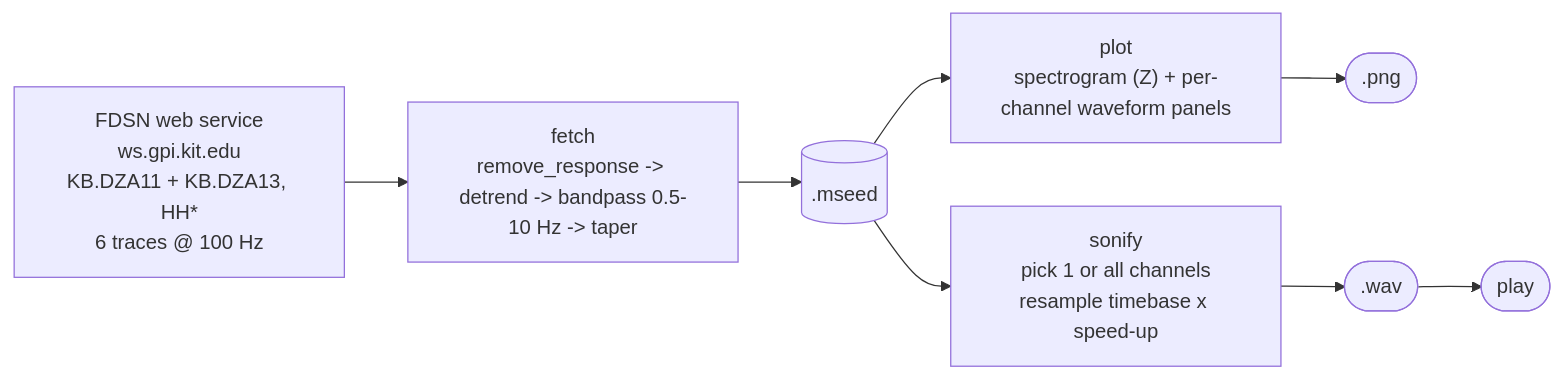
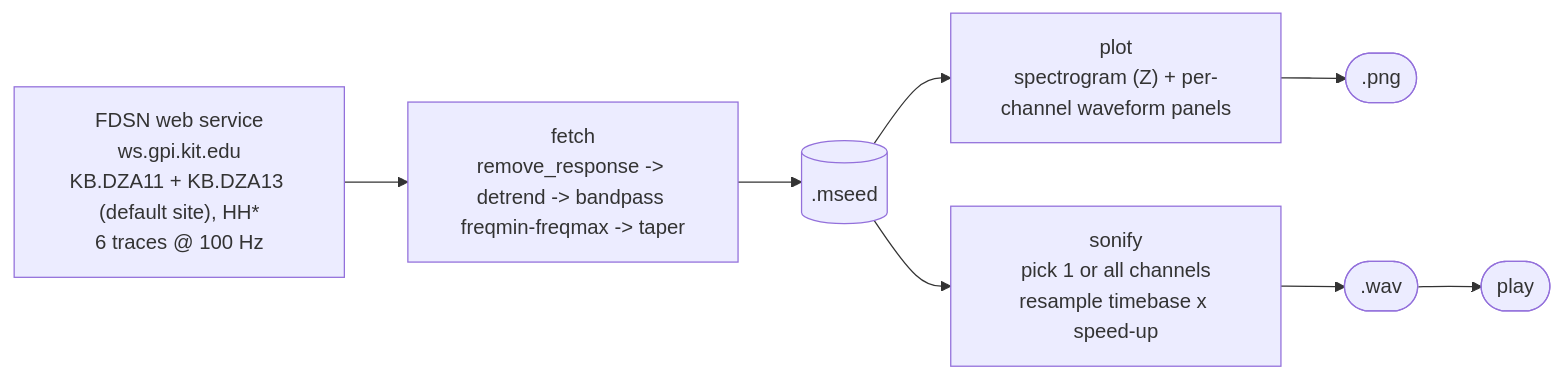
Before and after one commit to RVX/DZA_Borehole_Sonification: the first of 2 diagrams in README.md, drawn with Mermaid. The commit also changed other lines of this file and 7 other files, not shown here.

````diff
--- a/README.md
+++ b/README.md
@@ -24,10 +31,10 @@
 ```mermaid
 flowchart LR
-    A["FDSN web service<br/>ws.gpi.kit.edu<br/>KB.DZA11 + KB.DZA13, HH*<br/>6 traces @ 100 Hz"] --> B["fetch<br/>remove_response -&gt; detrend -&gt; bandpass 0.5-10 Hz -&gt; taper"]
+    A["FDSN web service<br/>ws.gpi.kit.edu<br/>KB.DZA11 + KB.DZA13 (default site), HH*<br/>6 traces @ 100 Hz"] --> B["fetch<br/>remove_response -&gt; detrend -&gt; bandpass freqmin-freqmax -&gt; taper"]
     B --> C[(".mseed")]
     C --> D["plot<br/>spectrogram (Z) + per-channel waveform panels"]
     C --> E["sonify<br/>pick 1 or all channels<br/>resample timebase x speed-up"]
     D --> F([".png"])
     E --> G([".wav"])
     G --> H(["play"])
 ```
````
